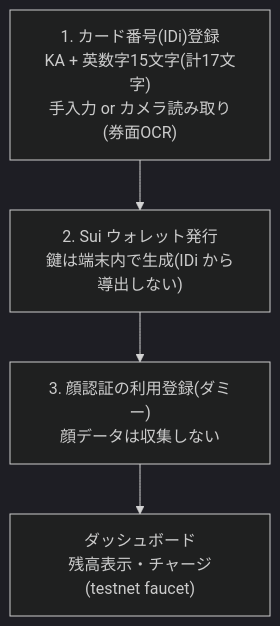
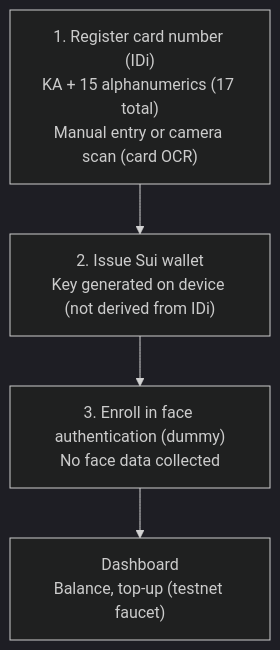
One commit to yuki-js/suicash changed the diagram in regist-web/README.md. Above: the diagram before and after it, drawn with Mermaid (dark theme). The commit also changed other lines of this file and 83 other files, not shown here.

````diff
--- a/regist-web/README.md
+++ b/regist-web/README.md
@@ -48,8 +48,8 @@
 ```mermaid
 flowchart TD
-    A["1. カード番号(IDi)登録<br/>KA + 英数字15文字(計17文字)<br/>手入力 or カメラ読み取り(券面OCR)"]
-    B["2. Sui ウォレット発行<br/>鍵は端末内で生成(IDi から導出しない)"]
-    C["3. 顔認証の利用登録(ダミー)<br/>顔データは収集しない"]
-    D["ダッシュボード<br/>残高表示・チャージ(testnet faucet)"]
+    A["1. Register card number (IDi)<br/>KA + 15 alphanumerics (17 total)<br/>Manual entry or camera scan (card OCR)"]
+    B["2. Issue Sui wallet<br/>Key generated on device (not derived from IDi)"]
+    C["3. Enroll in face authentication (dummy)<br/>No face data collected"]
+    D["Dashboard<br/>Balance, top-up (testnet faucet)"]
     A --> B --> C --> D
 ```
````
